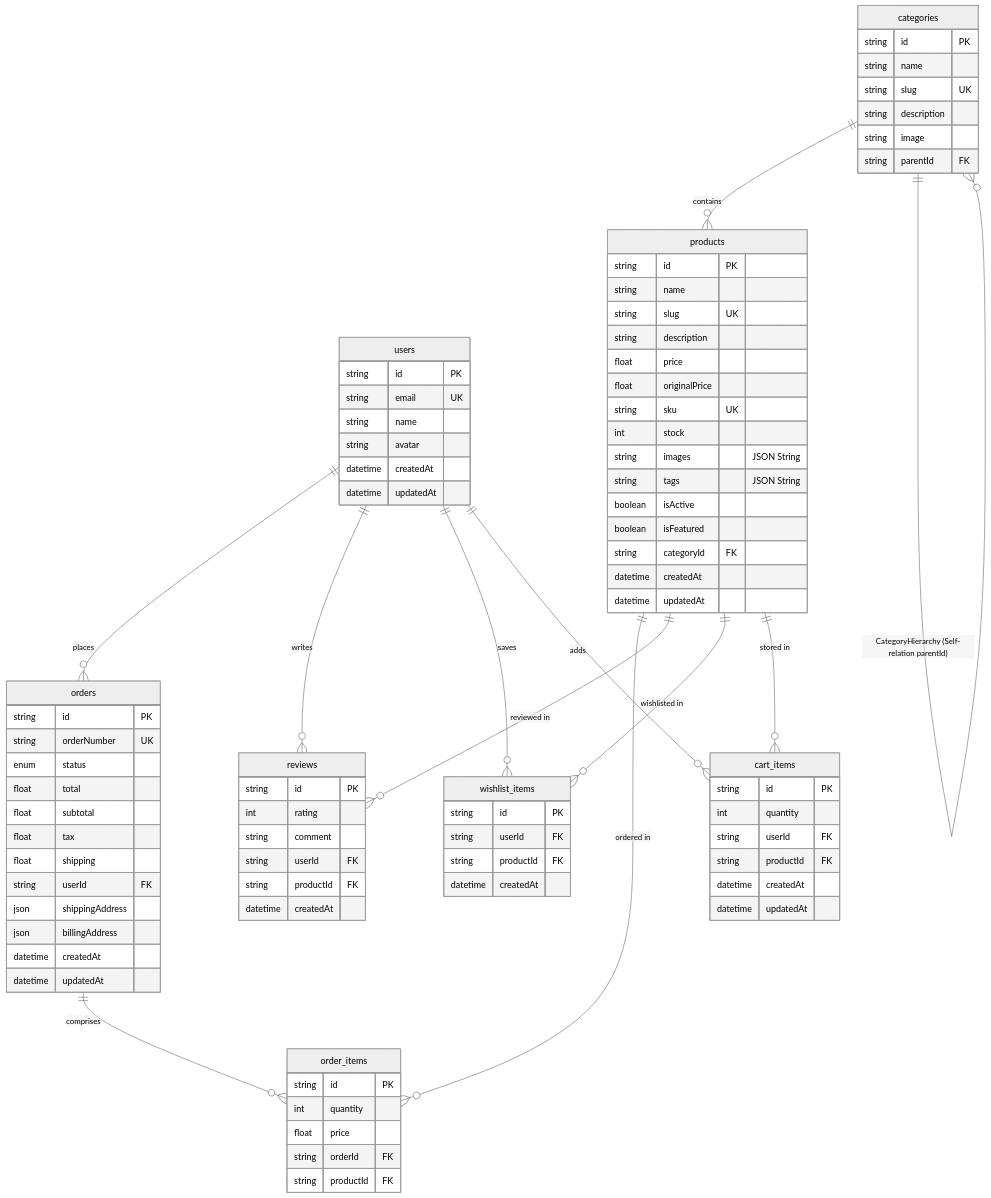
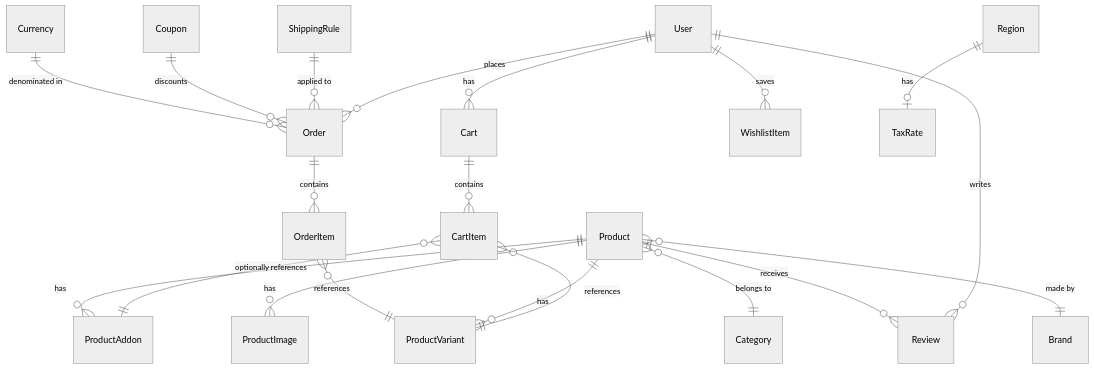
Before and after one commit to Xonit-Space/RC-Store: the diagram in README.md, drawn with Mermaid (neutral theme). The commit also changed other lines of this file, not shown here.

Commit message:
docs: rewrite README with all current features and architecture

````diff
--- a/README.md
+++ b/README.md
@@ -181,101 +188,27 @@
 ```mermaid
 erDiagram
-    users {
-        string id PK
-        string email UK
-        string name
-        string avatar
-        datetime createdAt
-        datetime updatedAt
-    }
+    User ||--o{ Cart : "has"
+    User ||--o{ Order : "places"
+    User ||--o{ Review : "writes"
+    User ||--o{ WishlistItem : "saves"
 
-    categories {
-        string id PK
-        string name
-        string slug UK
-        string description
-        string image
-        string parentId FK
-    }
+    Cart ||--o{ CartItem : "contains"
+    CartItem }o--|| ProductVariant : "references"
+    CartItem }o--|| ProductAddon : "optionally references"
 
-    products {
-        string id PK
-        string name
-        string slug UK
-        string description
-        float price
-        float originalPrice
-        string sku UK
-        int stock
-        string images "JSON String"
-        string tags "JSON String"
-        boolean isActive
-        boolean isFeatured
-        string categoryId FK
-        datetime createdAt
-        datetime updatedAt
-    }
+    Product ||--o{ ProductVariant : "has"
+    Product ||--o{ ProductImage : "has"
+    Product ||--o{ ProductAddon : "has"
+    Product ||--o{ Review : "receives"
+    Product }o--|| Category : "belongs to"
+    Product }o--|| Brand : "made by"
 
-    orders {
-        string id PK
-        string orderNumber UK
-        enum status
-        float total
-        float subtotal
-        float tax
-        float shipping
-        string userId FK
-        json shippingAddress
-        json billingAddress
-        datetime createdAt
-        datetime updatedAt
-    }
+    Order ||--o{ OrderItem : "contains"
+    OrderItem }o--|| ProductVariant : "references"
 
-    order_items {
-        string id PK
-        int quantity
-        float price
-        string orderId FK
-        string productId FK
-    }
+    Region ||--o| TaxRate : "has"
+    ShippingRule ||--o{ Order : "applied to"
+    Coupon ||--o{ Order : "discounts"
 
-    reviews {
-        string id PK
-        int rating
-        string comment
-        string userId FK
-        string productId FK
-        datetime createdAt
-    }
-
-    wishlist_items {
-        string id PK
-        string userId FK
-        string productId FK
-        datetime createdAt
-    }
-
-    cart_items {
-        string id PK
-        int quantity
-        string userId FK
-        string productId FK
-        datetime createdAt
-        datetime updatedAt
-    }
-
-    users ||--o{ orders : "places"
-    users ||--o{ reviews : "writes"
-    users ||--o{ wishlist_items : "saves"
-    users ||--o{ cart_items : "adds"
-
-    categories ||--o{ products : "contains"
-    categories ||--o{ categories : "CategoryHierarchy (Self-relation parentId)"
-
-    products ||--o{ order_items : "ordered in"
-    products ||--o{ reviews : "reviewed in"
-    products ||--o{ wishlist_items : "wishlisted in"
-    products ||--o{ cart_items : "stored in"
-
-    orders ||--o{ order_items : "comprises"
+    Currency ||--o{ Order : "denominated in"
 ```
````
